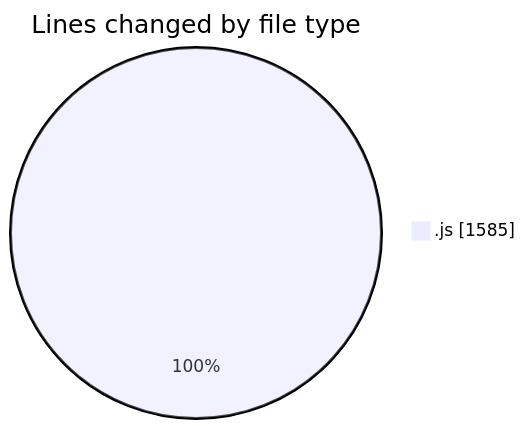
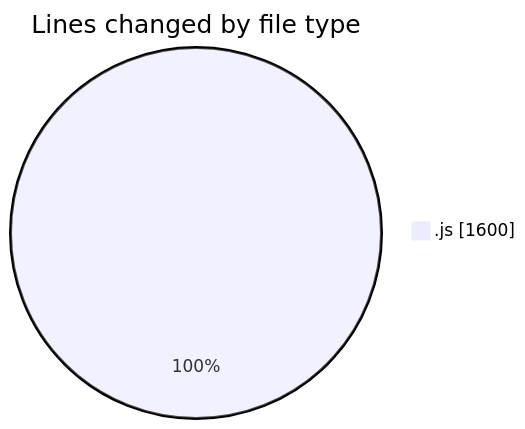
One commit to nxtqubesakshisongat/code-tracking changed the first of 2 diagrams in 2025-12-09/nxtqube_webapp/README.md. Above: the diagram before and after it, drawn with Mermaid. The commit also changed other lines of this file and 1 other file, not shown here.

````diff
--- a/2025-12-09/nxtqube_webapp/README.md
+++ b/2025-12-09/nxtqube_webapp/README.md
@@ -20,5 +20,5 @@
 ```mermaid
 pie showData
 title Lines changed by file type
-".js" : 1585
+".js" : 1600
 ```
````
